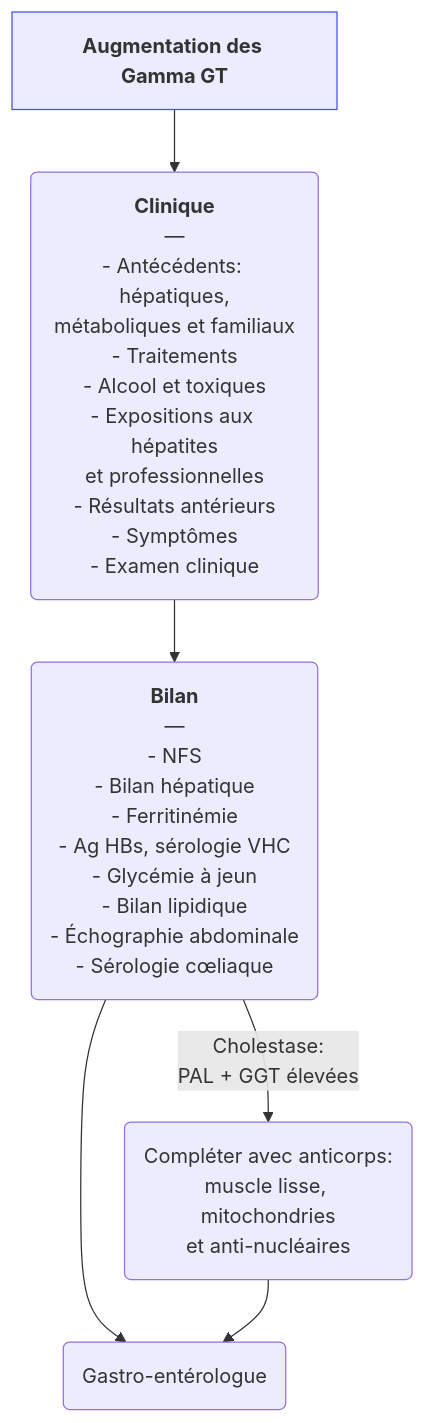
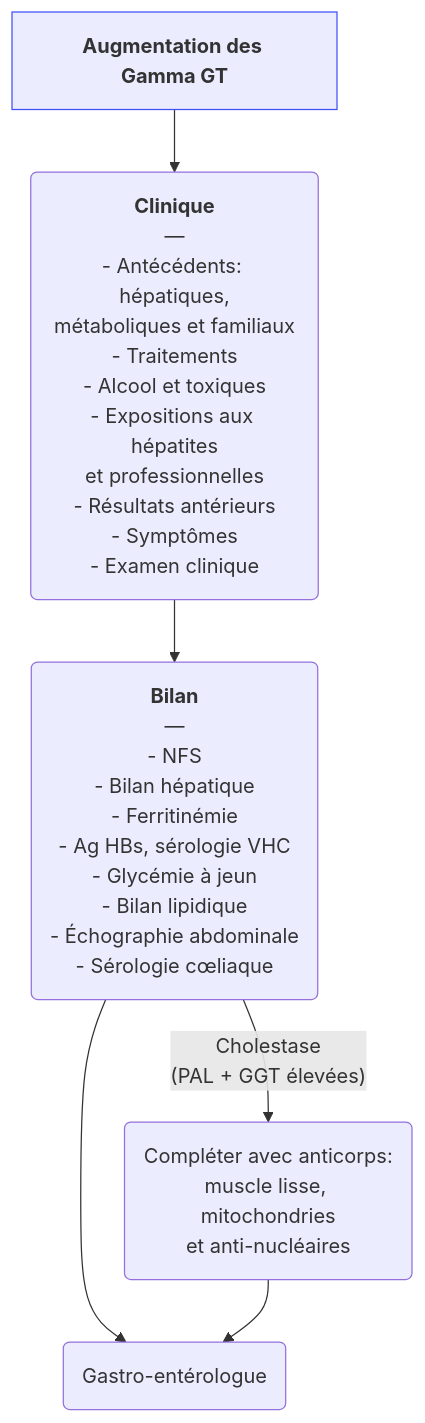
One commit to djibe/recommandations-medicales changed the diagram in content/recommandations/augmentation-gamma-gt.md. Above: the diagram before and after it, drawn with Mermaid. The commit also changed other lines of this file and 32 other files, not shown here.

```diff
--- a/content/recommandations/augmentation-gamma-gt.md
+++ b/content/recommandations/augmentation-gamma-gt.md
@@ -141,6 +144,6 @@
 {{< mermaid title="Prise en charge d'une augmentation de la Gamma-GT par le médecin généraliste. Dr JB Fron d'après SNFGE et BSG" >}}
 graph TB
   augmentation["<b>Augmentation des Gamma GT</b>"] --> clinique("<b>Clinique</b><br>—<br>- Antécédents: hépatiques,<br>métaboliques et familiaux<br>- Traitements<br>- Alcool et toxiques<br>- Expositions aux hépatites<br>et professionnelles<br>- Résultats antérieurs<br>- Symptômes<br>- Examen clinique") --> bilan("<b>Bilan</b><br>—<br>- NFS<br>- Bilan hépatique<br>- Ferritinémie<br>- Ag HBs, sérologie VHC<br>- Glycémie à jeun<br>- Bilan lipidique<br>- Échographie abdominale<br>- Sérologie cœliaque") --> gastro(Gastro-entérologue)
-  bilan -- "Cholestase:<br>PAL + GGT élevées" --> anticorps("Compléter avec anticorps:<br>muscle lisse, mitochondries<br>et anti-nucléaires") --> gastro
+  bilan -- "Cholestase<br>(PAL + GGT élevées)" --> anticorps("Compléter avec anticorps:<br>muscle lisse, mitochondries<br>et anti-nucléaires") --> gastro
   style augmentation stroke:#4150f5, stroke-width:1px
 {{< /mermaid >}}
```
